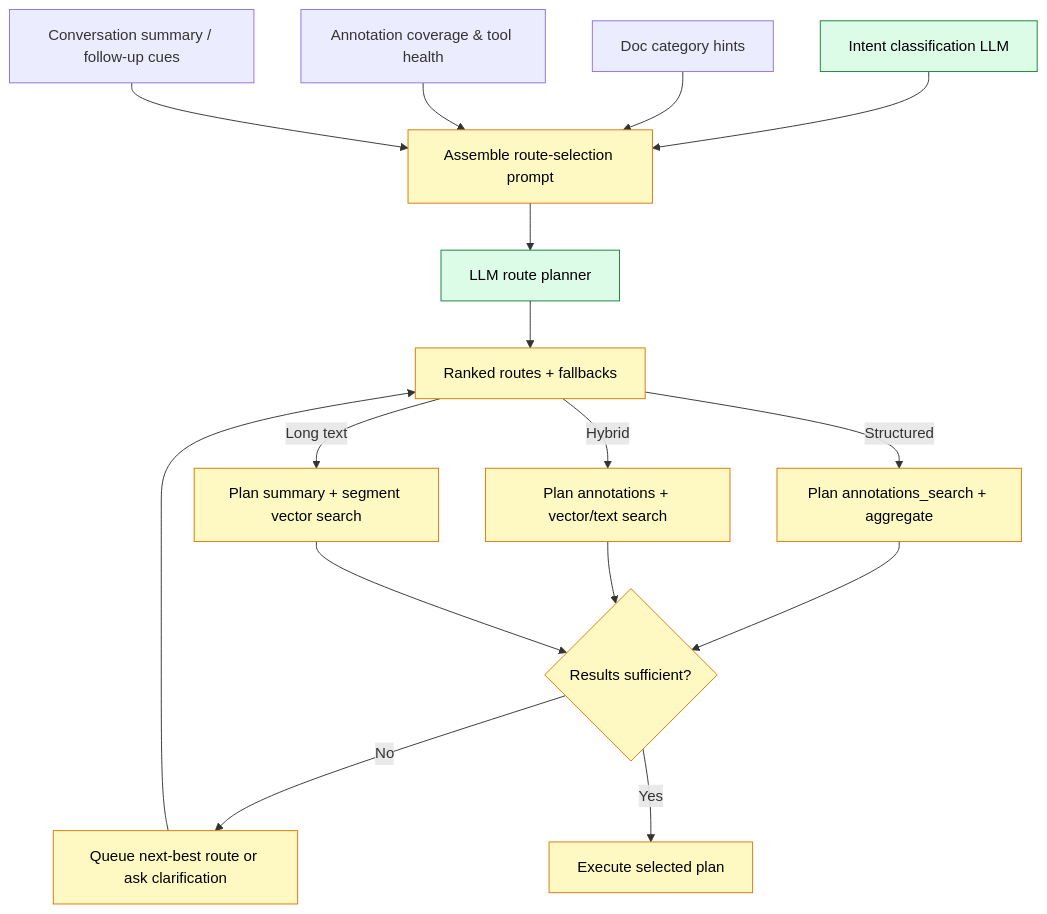
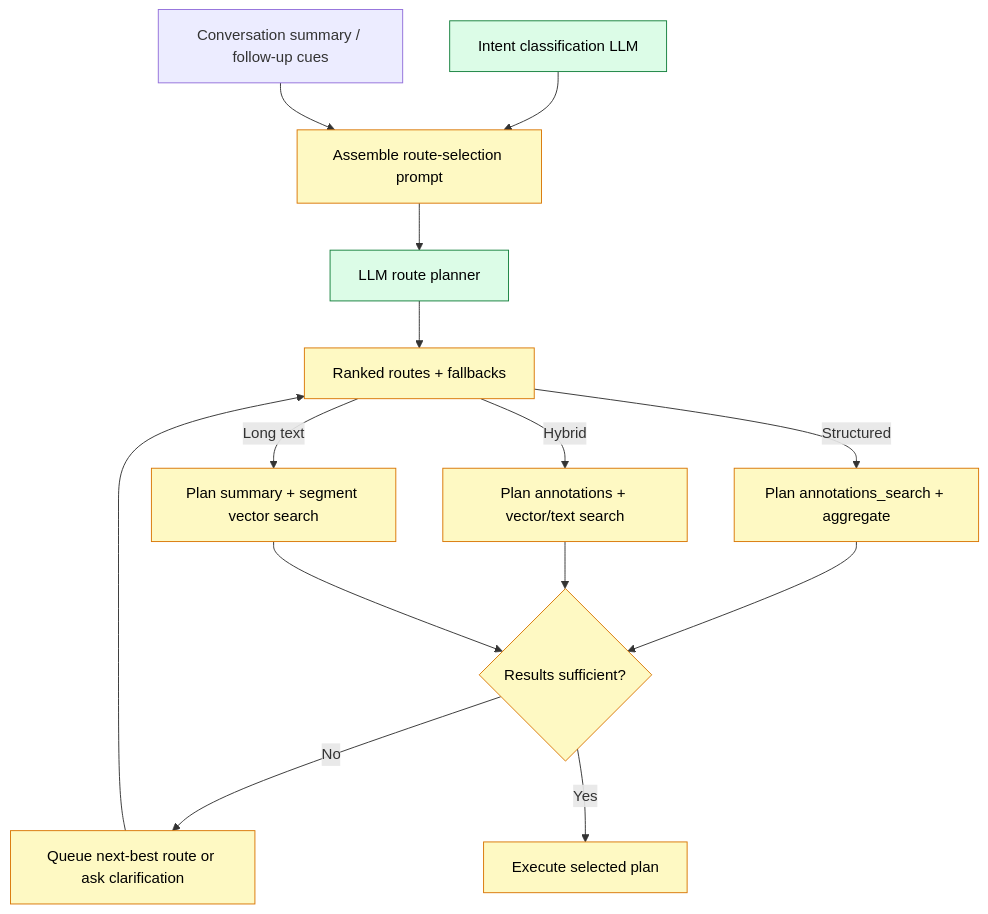
The second of 3 diagrams in docs/architecture/rag_workflow.md (nobody-qwert/zzz_rag_xxx), drawn with Mermaid before and after one commit.

````diff
--- a/docs/architecture/rag_workflow.md
+++ b/docs/architecture/rag_workflow.md
@@ -91,38 +91,34 @@
 ```mermaid
 flowchart TD
     INTENT[Intent classification LLM]
-    CATS[Doc category hints]
-    COVERAGE[Annotation coverage & tool health]
     HISTORY[Conversation summary / follow-up cues]
 
     INTENT --> PROMPT[Assemble route-selection prompt]
-    CATS --> PROMPT
-    COVERAGE --> PROMPT
     HISTORY --> PROMPT
 
     PROMPT --> LLM[LLM route planner]
     LLM --> SCORE[Ranked routes + fallbacks]
 
     SCORE -->|Structured| STRUCT_ROUTE[Plan annotations_search + aggregate]
     SCORE -->|Hybrid| HYBRID_ROUTE[Plan annotations + vector/text search]
     SCORE -->|Long text| LONG_ROUTE[Plan summary + segment vector search]
 
     STRUCT_ROUTE --> CHECK{Results sufficient?}
     HYBRID_ROUTE --> CHECK
     LONG_ROUTE --> CHECK
 
     CHECK -->|No| FALLBACK[Queue next-best route or ask clarification]
     FALLBACK --> SCORE
     CHECK -->|Yes| EXECUTE[Execute selected plan]
 
     style INTENT fill:#dcfce7,stroke:#15803d,color:#000
     style PROMPT fill:#fef9c3,stroke:#d97706,color:#000
     style LLM fill:#dcfce7,stroke:#15803d,color:#000
     style SCORE fill:#fef9c3,stroke:#d97706,color:#000
     style STRUCT_ROUTE fill:#fef9c3,stroke:#d97706,color:#000
     style HYBRID_ROUTE fill:#fef9c3,stroke:#d97706,color:#000
     style LONG_ROUTE fill:#fef9c3,stroke:#d97706,color:#000
     style CHECK fill:#fef9c3,stroke:#d97706,color:#000
     style FALLBACK fill:#fef9c3,stroke:#d97706,color:#000
     style EXECUTE fill:#fef9c3,stroke:#d97706,color:#000
 ```
````
